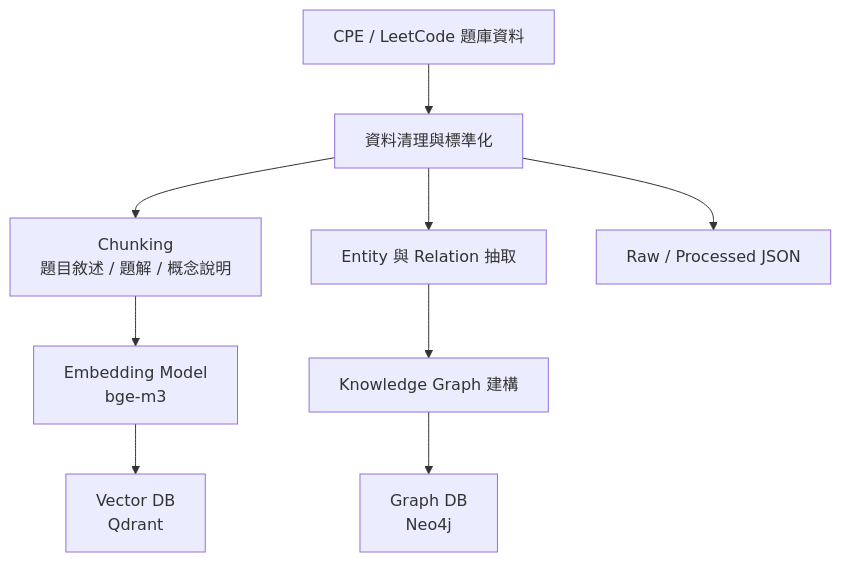
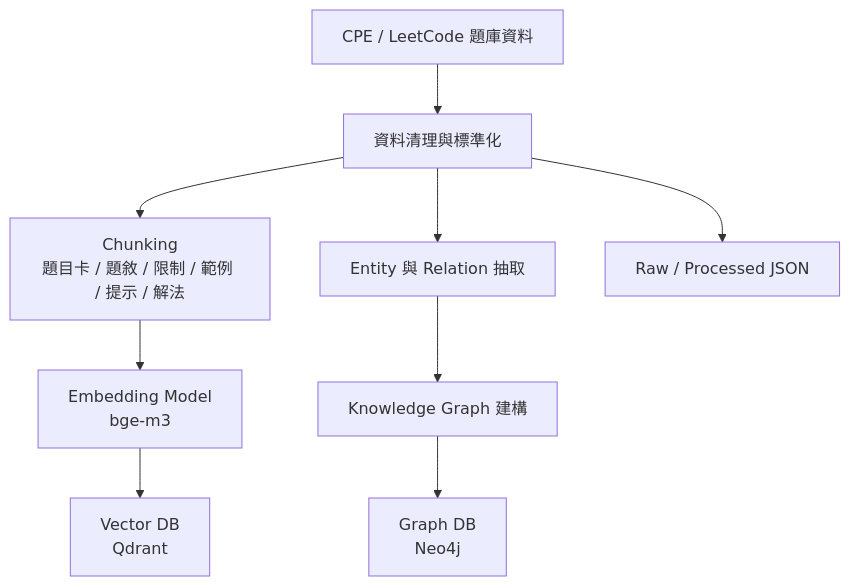
The first of 2 diagrams in README.md (ray910408/knowledgegraph_rag), drawn with Mermaid before and after one commit. The commit also changed other lines of this file and 4 other files, not shown here.

````diff
--- a/README.md
+++ b/README.md
@@ -18,11 +18,11 @@
 ```mermaid
 flowchart TD
   A["CPE / LeetCode 題庫資料"] --> B["資料清理與標準化"]
-  B --> C["Chunking<br/>題目敘述 / 題解 / 概念說明"]
+  B --> C["Chunking<br/>題目卡 / 題敘 / 限制 / 範例 / 提示 / 解法"]
   B --> D["Entity 與 Relation 抽取"]
   B --> E["Raw / Processed JSON"]
   C --> F["Embedding Model<br/>bge-m3"]
   F --> G["Vector DB<br/>Qdrant"]
   D --> H["Knowledge Graph 建構"]
   H --> I["Graph DB<br/>Neo4j"]
 ```
````
